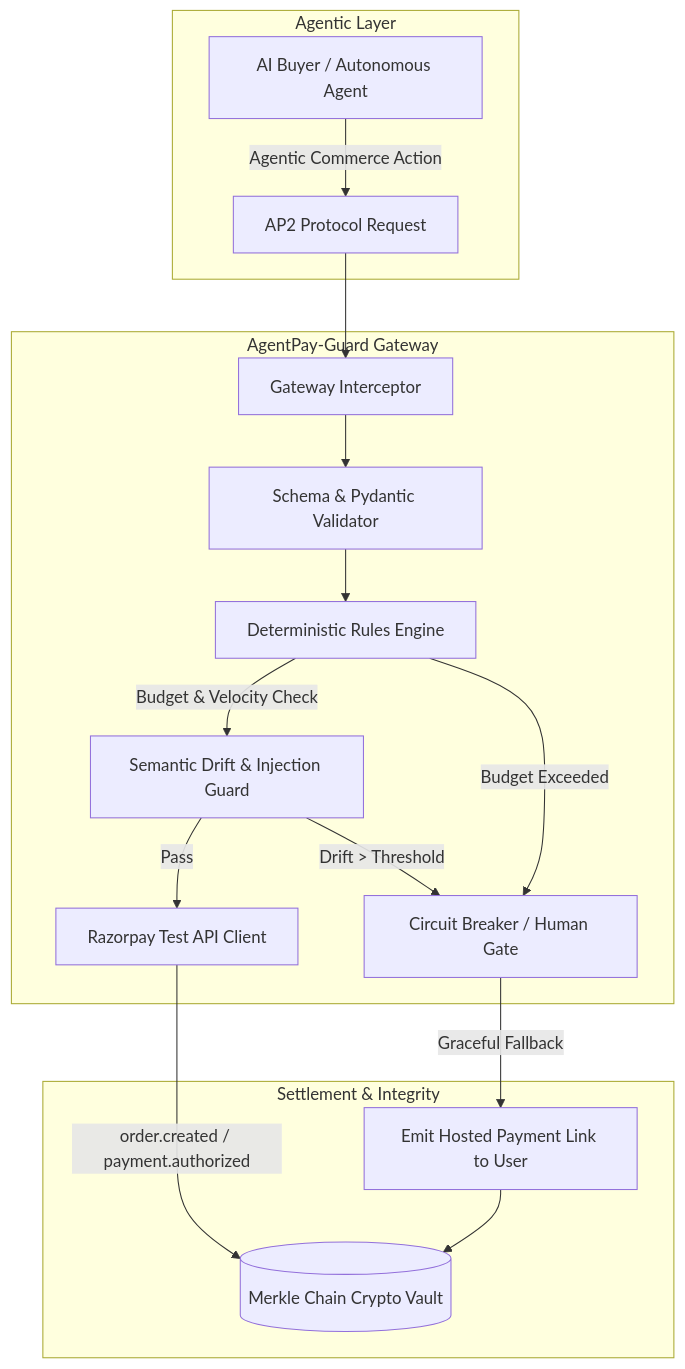
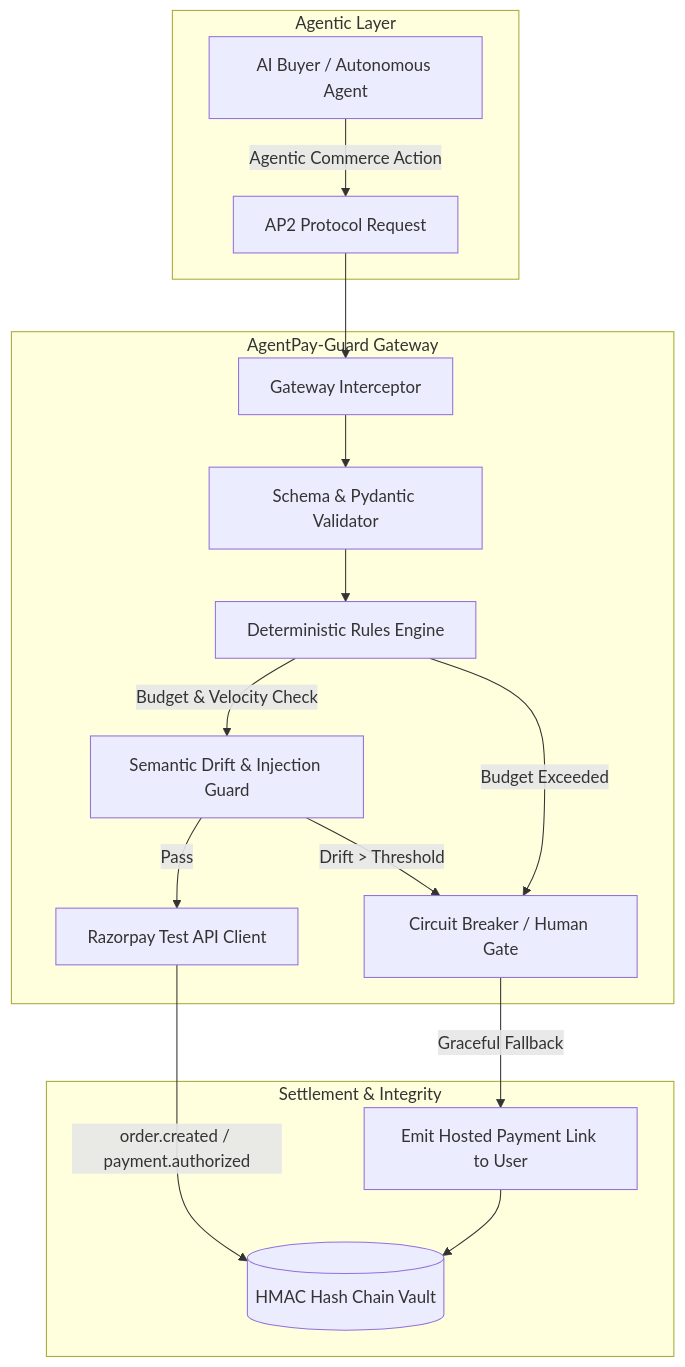
Before and after one commit to MeghanaKotharu25/Razorpay-Agentpay-guard: the diagram in README.md, drawn with Mermaid. The commit also changed other lines of this file and 4 other files, not shown here.

First line of the commit message:
Harden payment-link fallback and audit docs

````diff
--- a/README.md
+++ b/README.md
@@ -1,22 +1,22 @@
 ```mermaid
 flowchart TD
 	subgraph Agentic Layer
 		U[AI Buyer / Autonomous Agent] -->|Agentic Commerce Action| AP2[AP2 Protocol Request]
 	end
 
 	subgraph AgentPay-Guard Gateway
 		AP2 --> INT[Gateway Interceptor]
 		INT --> VAL[Schema & Pydantic Validator]
 		VAL --> RE[Deterministic Rules Engine]
 		RE -->|Budget & Velocity Check| SG[Semantic Drift & Injection Guard]
 		SG -->|Pass| RZP[Razorpay Test API Client]
 		SG -->|Drift > Threshold| CB[Circuit Breaker / Human Gate]
 		RE -->|Budget Exceeded| CB
 	end
 
 	subgraph Settlement & Integrity
-		RZP -->|order.created / payment.authorized| AUDIT[(Merkle Chain Crypto Vault)]
+		RZP -->|order.created / payment.authorized| AUDIT[(HMAC Hash Chain Vault)]
 		CB -->|Graceful Fallback| LINK[Emit Hosted Payment Link to User]
 		LINK --> AUDIT
 	end
 ```
````
